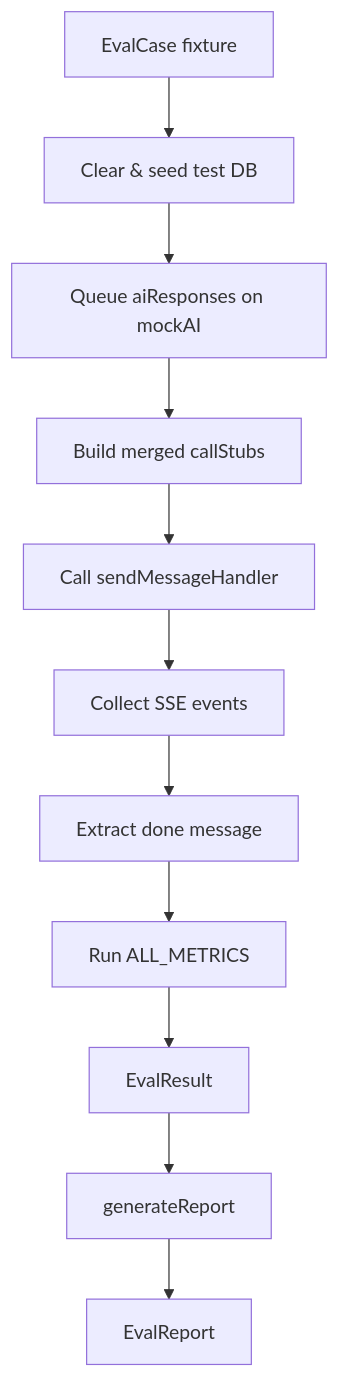
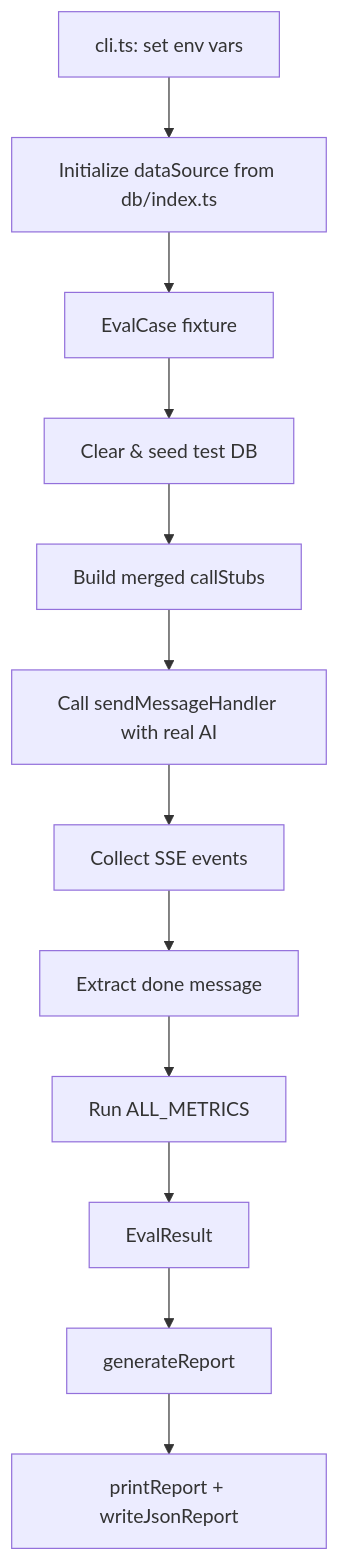
The diagram in docs/domain-knowledge/agent-evaluation.md (hinora/data-analysis), drawn with Mermaid before and after one commit. The commit also changed other lines of this file and 13 other files, not shown here.

First line of the commit message:
feat: switch evaluation framework to real LLM API — remove mock AI, add cli.ts standalone runner

````diff
--- a/docs/domain-knowledge/agent-evaluation.md
+++ b/docs/domain-knowledge/agent-evaluation.md
@@ -54,13 +81,14 @@
 ```mermaid
 flowchart TD
-    A[EvalCase fixture] --> B[Clear & seed test DB]
-    B --> C[Queue aiResponses on mockAI]
-    C --> D[Build merged callStubs]
-    D --> E[Call sendMessageHandler]
-    E --> F[Collect SSE events]
-    F --> G[Extract done message]
-    G --> H[Run ALL_METRICS]
-    H --> I[EvalResult]
-    I --> J[generateReport]
-    J --> K[EvalReport]
+    A[cli.ts: set env vars] --> B[Initialize dataSource from db/index.ts]
+    B --> C[EvalCase fixture]
+    C --> D[Clear & seed test DB]
+    D --> E[Build merged callStubs]
+    E --> F[Call sendMessageHandler with real AI]
+    F --> G[Collect SSE events]
+    G --> H[Extract done message]
+    H --> I[Run ALL_METRICS]
+    I --> J[EvalResult]
+    J --> K[generateReport]
+    K --> L[printReport + writeJsonReport]
 ```
````
